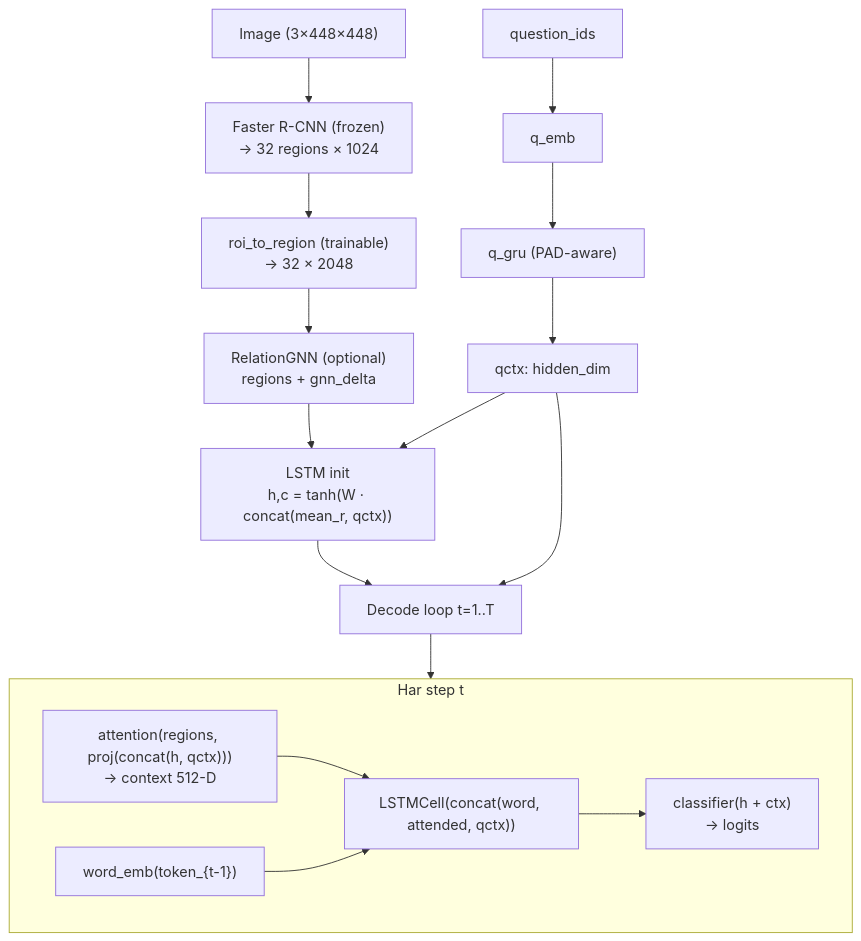
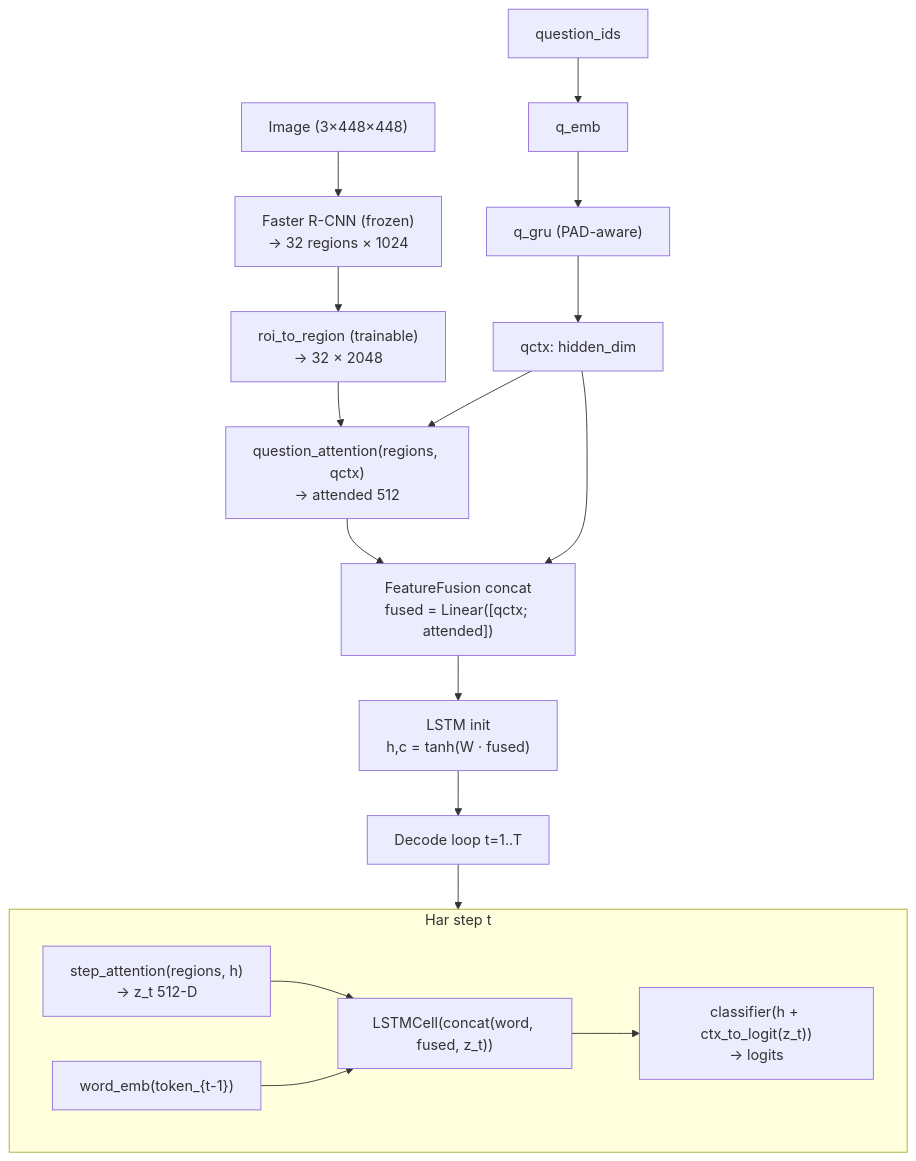
Before and after one commit to MahdiRuzmeh/ImageCaptioningImprovedVisualQuestionAnswering: the second of 3 diagrams in architecture/ARCHITECTURE.fa.md, drawn with Mermaid. The commit also changed other lines of this file and 27 other files, not shown here.

Commit message:
feat: Implement question dependent img captioner model.

````diff
--- a/architecture/ARCHITECTURE.fa.md
+++ b/architecture/ARCHITECTURE.fa.md
@@ -68,29 +73,32 @@
 ```mermaid
 flowchart TB
     IMG["Image (3×448×448)"]
     FRCNN["Faster R-CNN (frozen)\n→ 32 regions × 1024"]
     ROI["roi_to_region (trainable)\n→ 32 × 2048"]
-    GNN["RelationGNN (optional)\nregions + gnn_delta"]
-    INIT["LSTM init\nh,c = tanh(W · concat(mean_r, qctx))"]
     Q["question_ids"]
     QEMB["q_emb"]
     QGRU["q_gru (PAD-aware)"]
     QCTX["qctx: hidden_dim"]
+    QATT["question_attention(regions, qctx)\n→ attended 512"]
+    FUSE["FeatureFusion concat\nfused = Linear([qctx; attended])"]
+    INIT["LSTM init\nh,c = tanh(W · fused)"]
     LOOP["Decode loop t=1..T"]
 
-    IMG --> FRCNN --> ROI --> GNN --> INIT --> LOOP
-    Q --> QEMB --> QGRU --> QCTX --> INIT
-    QCTX --> LOOP
+    IMG --> FRCNN --> ROI
+    Q --> QEMB --> QGRU --> QCTX
+    ROI --> QATT
+    QCTX --> QATT --> FUSE
+    QCTX --> FUSE --> INIT --> LOOP
 
     subgraph LOOP_DETAIL["Har step t"]
-        ATT["attention(regions, proj(concat(h, qctx)))\n→ context 512-D"]
+        SATT["step_attention(regions, h)\n→ z_t 512-D"]
         WE["word_emb(token_{t-1})"]
-        LSTM["LSTMCell(concat(word, attended, qctx))"]
-        OUT["classifier(h + ctx)\n→ logits"]
-        ATT --> LSTM
+        LSTM["LSTMCell(concat(word, fused, z_t))"]
+        OUT["classifier(h + ctx_to_logit(z_t))\n→ logits"]
+        SATT --> LSTM
         WE --> LSTM
         LSTM --> OUT
     end
 
     LOOP --> LOOP_DETAIL
 ```
````
